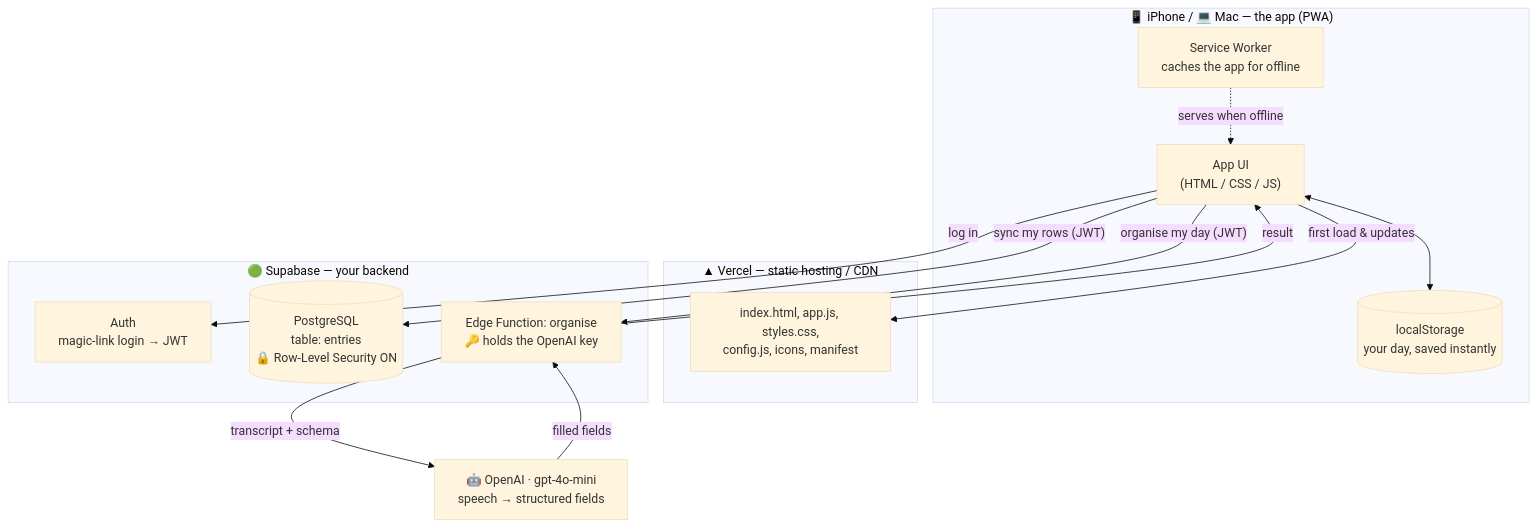
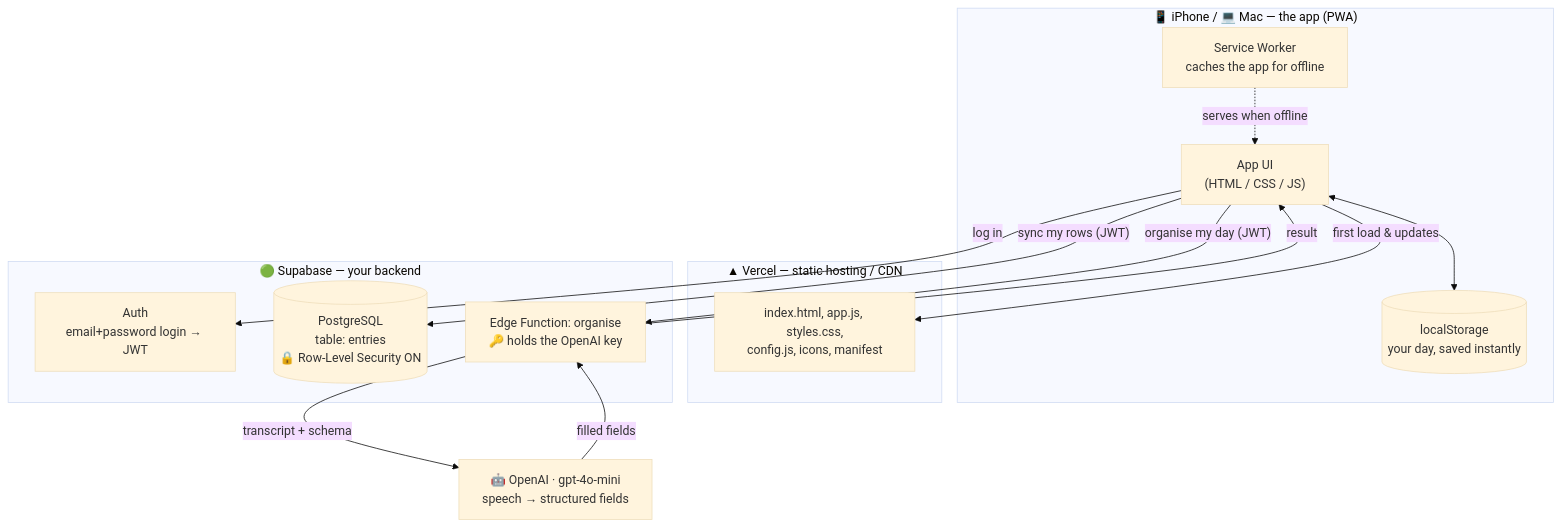
One commit to srimukessh/daily-practice-journal changed the first of 4 diagrams in HOW_IT_WORKS.md. Above: the diagram before and after it, drawn with Mermaid (base theme). The commit also changed other lines of this file, not shown here.

Commit message:
docs: correct auth section — email+password (JWT still used); explain iOS magic-link limitation

````diff
--- a/HOW_IT_WORKS.md
+++ b/HOW_IT_WORKS.md
@@ -30,30 +30,30 @@
 ```mermaid
 flowchart TB
   subgraph Device["📱 iPhone / 💻 Mac — the app (PWA)"]
     UI["App UI<br/>(HTML / CSS / JS)"]
     LS[("localStorage<br/>your day, saved instantly")]
     SW["Service Worker<br/>caches the app for offline"]
     UI <--> LS
     SW -. serves when offline .-> UI
   end
 
   subgraph Vercel["▲ Vercel — static hosting / CDN"]
     Files["index.html, app.js, styles.css,<br/>config.js, icons, manifest"]
   end
 
   subgraph Supabase["🟢 Supabase — your backend"]
-    Auth["Auth<br/>magic-link login → JWT"]
+    Auth["Auth<br/>email+password login → JWT"]
     DB[("PostgreSQL<br/>table: entries<br/>🔒 Row-Level Security ON")]
     Edge["Edge Function: organise<br/>🔑 holds the OpenAI key"]
   end
 
   OpenAI["🤖 OpenAI · gpt-4o-mini<br/>speech → structured fields"]
 
   UI -- "first load & updates" --> Files
   UI -- "log in" --> Auth
   UI -- "sync my rows (JWT)" --> DB
   UI -- "organise my day (JWT)" --> Edge
   Edge -- "transcript + schema" --> OpenAI
   OpenAI -- "filled fields" --> Edge
   Edge -- "result" --> UI
 ```
````
